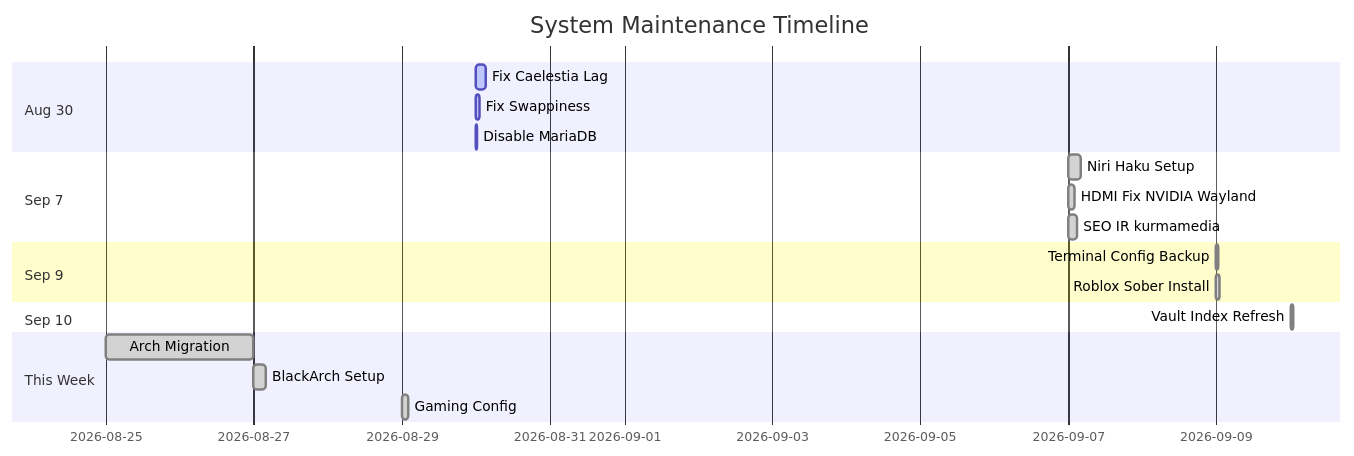
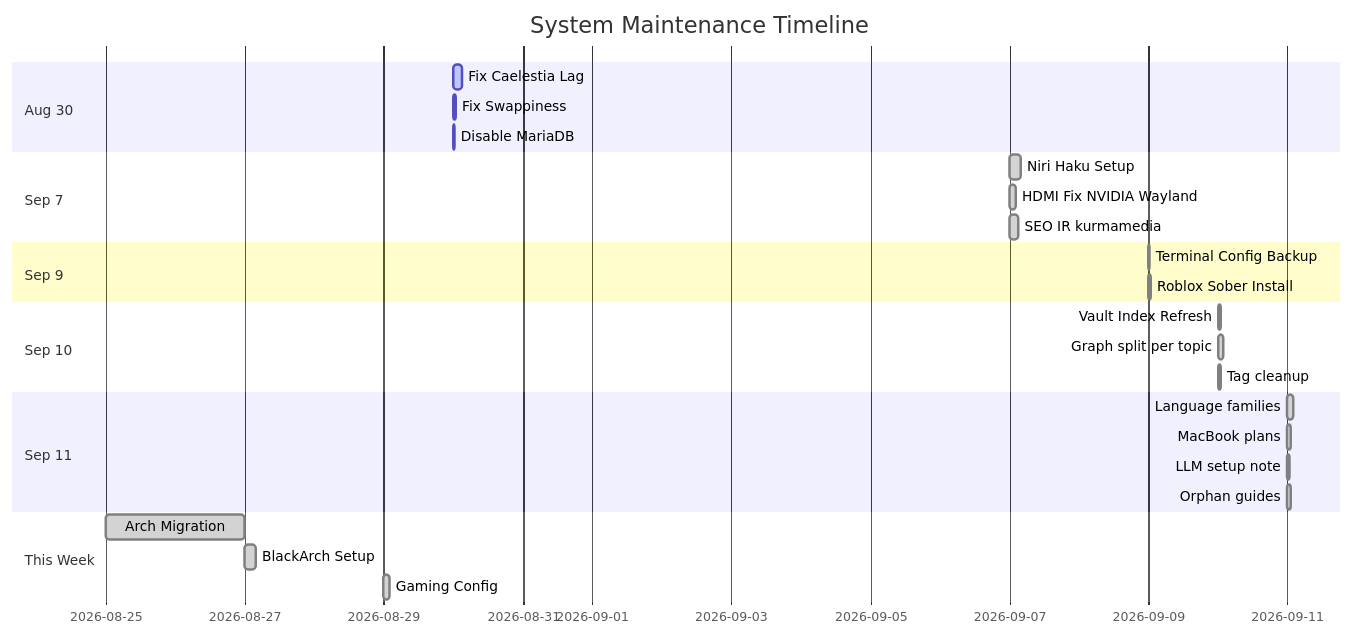
The fourth of 9 diagrams in Map of Content.md (444Nazky/My-Vault), drawn with Mermaid before and after one commit. The commit also changed other lines of this file, not shown here.

````diff
--- a/Map of Content.md
+++ b/Map of Content.md
@@ -101,27 +108,35 @@
 ```mermaid
 gantt
     dateFormat  YYYY-MM-DD
     title System Maintenance Timeline
     
     section Aug 30
     Fix Caelestia Lag      :active, 2026-08-30, 3h
     Fix Swappiness        :active, 2026-08-30, 1h
     Disable MariaDB       :active, 2026-08-30, 30m
     
     section Sep 7
     Niri Haku Setup        :done, 2026-09-07, 4h
     HDMI Fix NVIDIA Wayland :done, 2026-09-07, 2h
     SEO IR kurmamedia       :done, 2026-09-07, 3h
     
     section Sep 9
     Terminal Config Backup :done, 2026-09-09, 30m
     Roblox Sober Install    :done, 2026-09-09, 1h
 
     section Sep 10
     Vault Index Refresh     :done, 2026-09-10, 1h
+    Graph split per topic   :done, 2026-09-10, 2h
+    Tag cleanup             :done, 2026-09-10, 1h
+
+    section Sep 11
+    Language families       :done, 2026-09-11, 2h
+    MacBook plans           :done, 2026-09-11, 1h
+    LLM setup note          :done, 2026-09-11, 30m
+    Orphan guides           :done, 2026-09-11, 1h
     
     section This Week
     Arch Migration      :done, 2026-08-25, 2d
     BlackArch Setup     :done, 2026-08-27, 4h
     Gaming Config       :done, 2026-08-29, 2h
 ```
````
